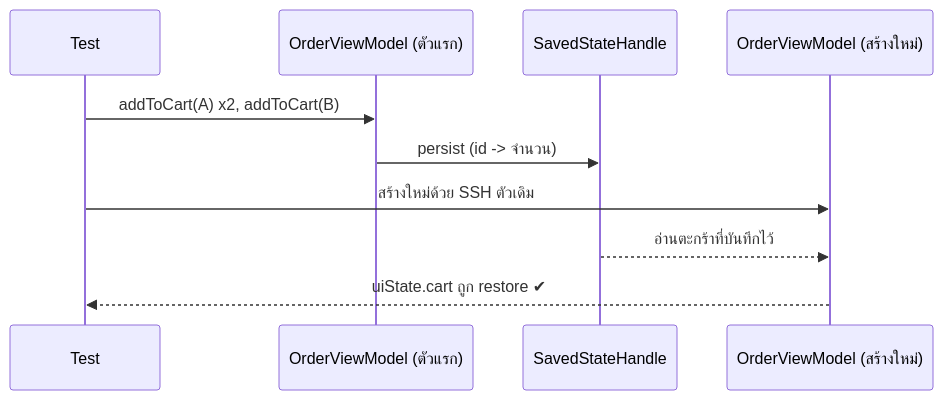
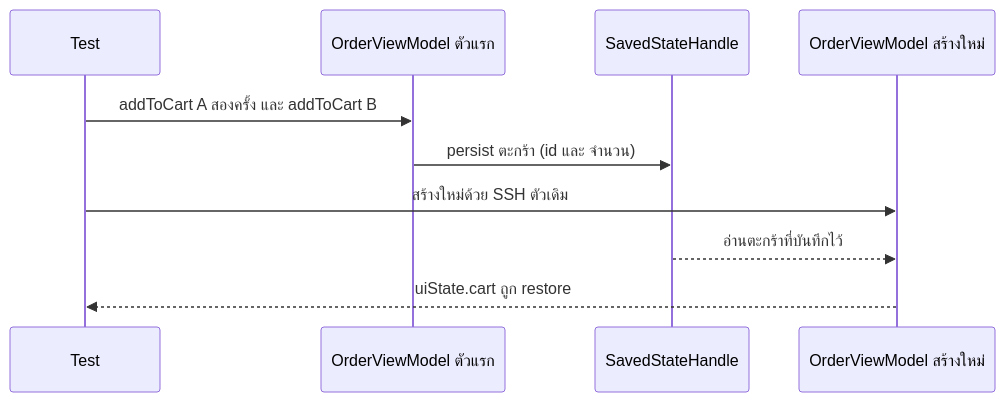
One commit to Itthipon-LBS/AndroidByKiro changed the seventh of 7 diagrams in docs/presentation.md. Above: the diagram before and after it, drawn with Mermaid. The commit also changed other lines of this file and 2 other files, not shown here.

First line of the commit message:
Fix Mermaid syntax errors in presentation diagrams

````diff
--- a/docs/presentation.md
+++ b/docs/presentation.md
@@ -227,12 +227,12 @@
 ```mermaid
 sequenceDiagram
     participant T as Test
-    participant VM1 as OrderViewModel (ตัวแรก)
+    participant VM1 as OrderViewModel ตัวแรก
     participant SSH as SavedStateHandle
-    participant VM2 as OrderViewModel (สร้างใหม่)
-    T->>VM1: addToCart(A) x2, addToCart(B)
-    VM1->>SSH: persist (id -> จำนวน)
+    participant VM2 as OrderViewModel สร้างใหม่
+    T->>VM1: addToCart A สองครั้ง และ addToCart B
+    VM1->>SSH: persist ตะกร้า (id และ จำนวน)
     T->>VM2: สร้างใหม่ด้วย SSH ตัวเดิม
     SSH-->>VM2: อ่านตะกร้าที่บันทึกไว้
-    VM2-->>T: uiState.cart ถูก restore ✔
+    VM2-->>T: uiState.cart ถูก restore
 ```
````
